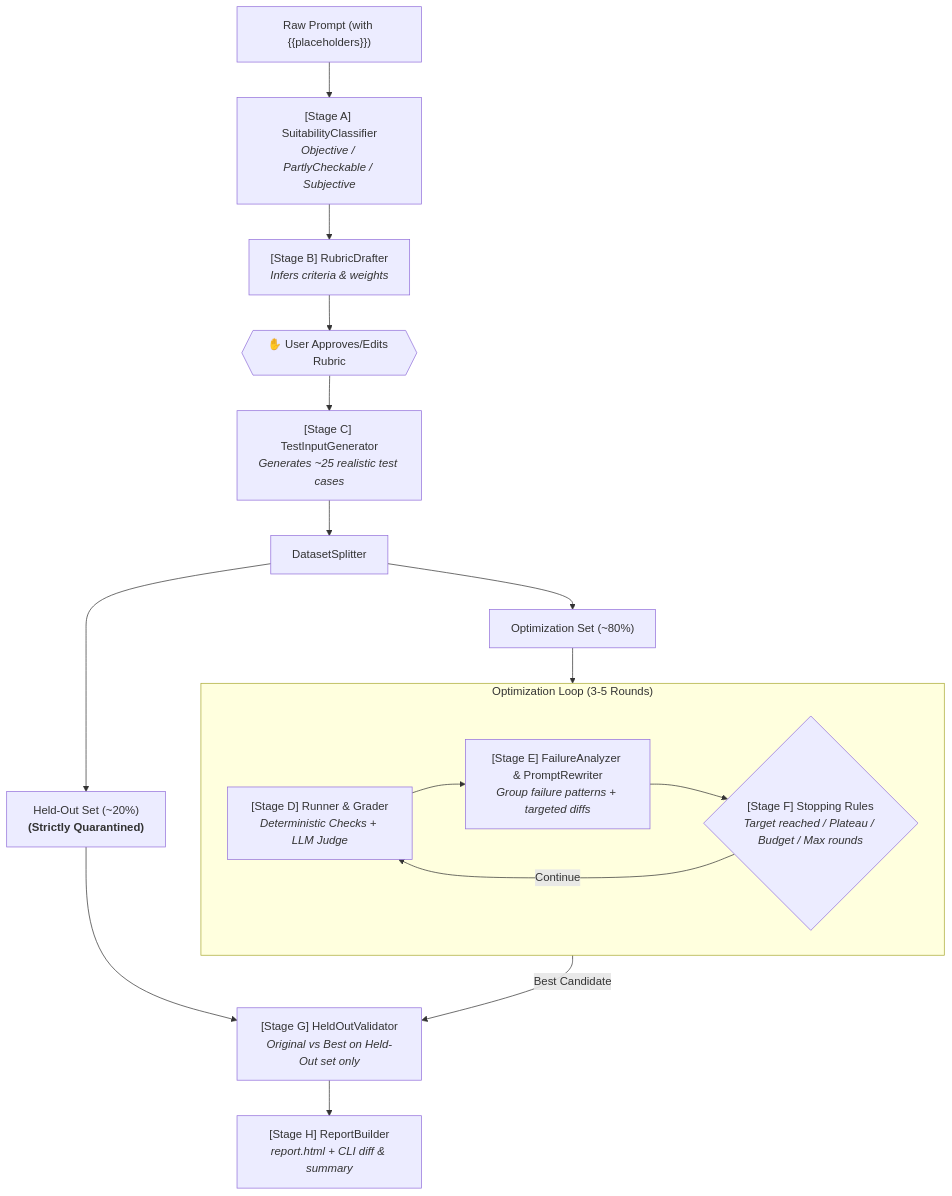
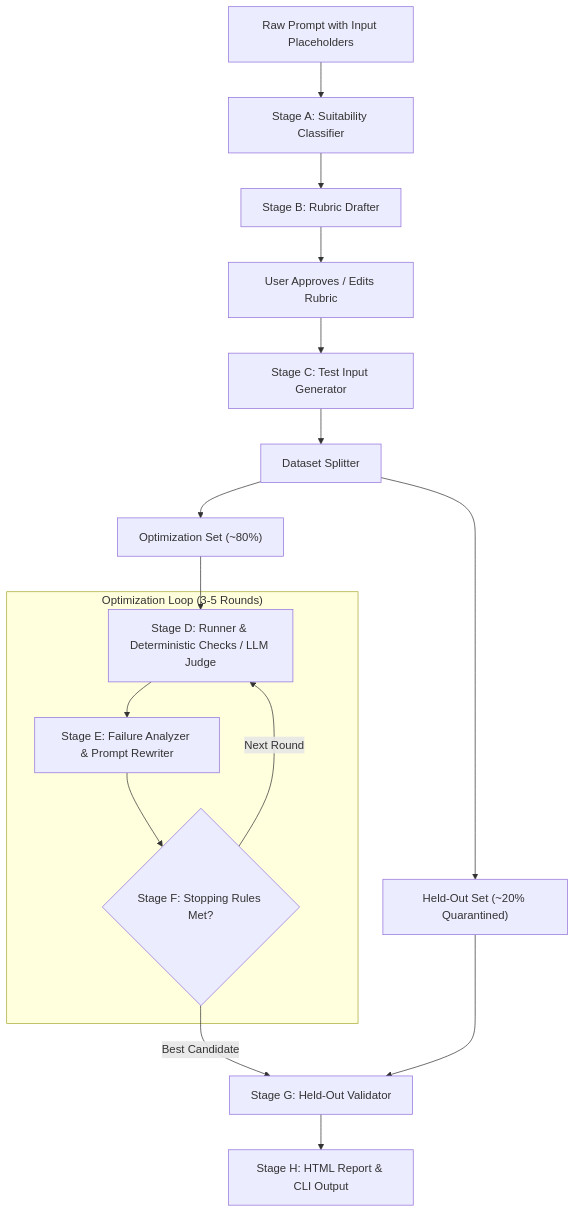
Before and after one commit to Ziadkhaled8/Prompt-optimization: the diagram in README.md, drawn with Mermaid.

Commit message:
Fix Mermaid flowchart syntax in README for GitHub renderer

````diff
--- a/README.md
+++ b/README.md
@@ -28,23 +28,24 @@
 ```mermaid
 flowchart TD
-    Raw["Raw Prompt (with {{placeholders}})"] --> A["[Stage A] SuitabilityClassifier<br/><i>Objective / PartlyCheckable / Subjective</i>"]
-    A --> B["[Stage B] RubricDrafter<br/><i>Infers criteria & weights</i>"]
-    B --> Human1{{"✋ User Approves/Edits Rubric"}}
-    Human1 --> C["[Stage C] TestInputGenerator<br/><i>Generates ~25 realistic test cases</i>"]
-    C --> Splitter["DatasetSplitter"]
+    Raw["Raw Prompt with Input Placeholders"] --> A["Stage A: Suitability Classifier"]
+    A --> B["Stage B: Rubric Drafter"]
+    B --> Human["User Approves / Edits Rubric"]
+    Human --> C["Stage C: Test Input Generator"]
+    C --> Splitter["Dataset Splitter"]
     Splitter --> OptSet["Optimization Set (~80%)"]
-    Splitter --> HeldOutSet["Held-Out Set (~20%)<br/><b>(Strictly Quarantined)</b>"]
-    
-    subgraph Loop["Optimization Loop (3-5 Rounds)"]
-        D["[Stage D] Runner & Grader<br/><i>Deterministic Checks + LLM Judge</i>"]
-        E["[Stage E] FailureAnalyzer & PromptRewriter<br/><i>Group failure patterns + targeted diffs</i>"]
-        F{"[Stage F] Stopping Rules<br/><i>Target reached / Plateau / Budget / Max rounds</i>"}
-        D --> E --> F
-        F -- "Continue" --> D
+    Splitter --> HeldOutSet["Held-Out Set (~20% Quarantined)"]
+
+    subgraph Loop ["Optimization Loop (3-5 Rounds)"]
+        D["Stage D: Runner & Deterministic Checks / LLM Judge"]
+        E["Stage E: Failure Analyzer & Prompt Rewriter"]
+        F{"Stage F: Stopping Rules Met?"}
+        D --> E
+        E --> F
+        F -- "Next Round" --> D
     end
 
-    OptSet --> Loop
-    Loop -- "Best Candidate" --> G["[Stage G] HeldOutValidator<br/><i>Original vs Best on Held-Out set only</i>"]
+    OptSet --> D
+    F -- "Best Candidate" --> G["Stage G: Held-Out Validator"]
     HeldOutSet --> G
-    G --> H["[Stage H] ReportBuilder<br/><i>report.html + CLI diff & summary</i>"]
+    G --> H["Stage H: HTML Report & CLI Output"]
 ```
````
